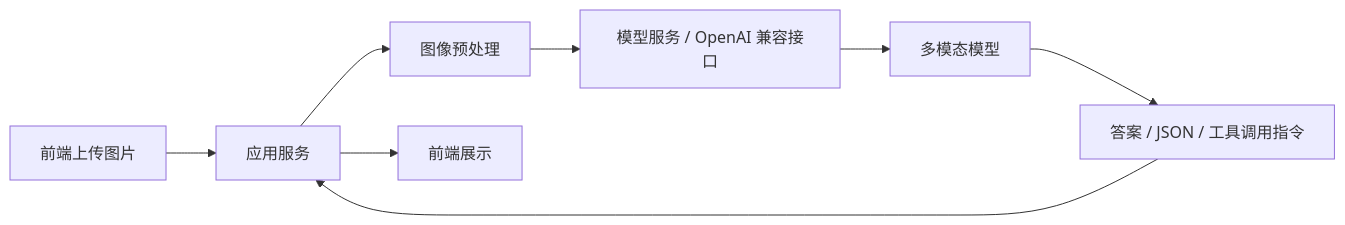
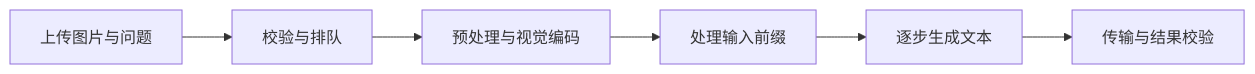
Before and after one commit to ZXJC-niusile/start-mllm: the diagram in docs/chapter6/第六章 推理部署与 Serving.md, drawn with Mermaid. The commit also changed other lines of this file and 12 other files, not shown here.

````diff
--- a/docs/chapter6/第六章 推理部署与 Serving.md
+++ b/docs/chapter6/第六章 推理部署与 Serving.md
@@ -81,10 +9,8 @@
 ```mermaid
 flowchart LR
-    A[前端上传图片] --> B[应用服务]
-    B --> C[图像预处理]
-    C --> D[模型服务 / OpenAI 兼容接口]
-    D --> E[多模态模型]
-    E --> F[答案 / JSON / 工具调用指令]
-    F --> B
-    B --> G[前端展示]
+    A[上传图片与问题] --> B[校验与排队]
+    B --> C[预处理与视觉编码]
+    C --> D[处理输入前缀]
+    D --> E[逐步生成文本]
+    E --> F[传输与结果校验]
 ```
````
